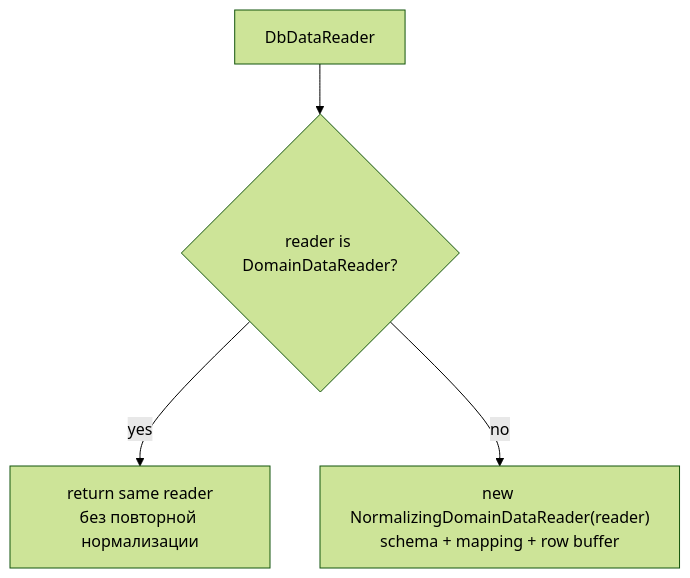
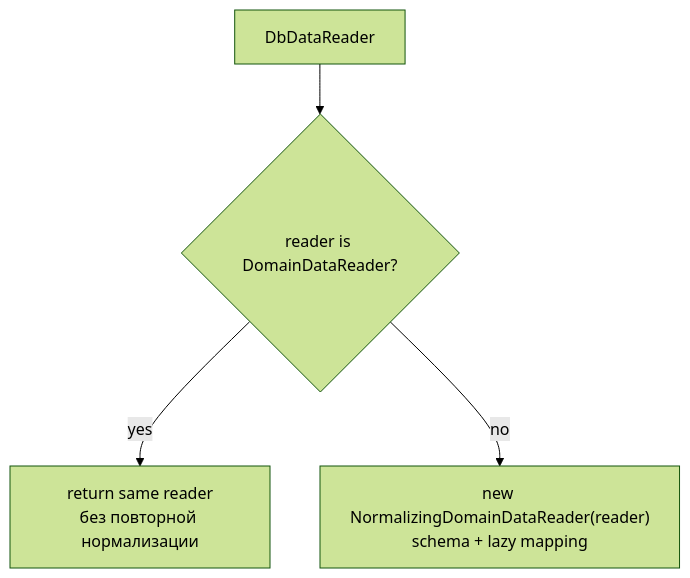
One commit to MikeKondr99/Loader changed the third of 3 diagrams in docs/reader-pipeline.md. Above: the diagram before and after it, drawn with Mermaid (forest theme). The commit also changed other lines of this file and 14 other files, not shown here.

````diff
--- a/docs/reader-pipeline.md
+++ b/docs/reader-pipeline.md
@@ -35,11 +35,11 @@
 ```mermaid
 flowchart TD
     input["DbDataReader"]
     is_domain{"reader is DomainDataReader?"}
     same["return same reader<br/>без повторной нормализации"]
-    normalize["new NormalizingDomainDataReader(reader)<br/>schema + mapping + row buffer"]
+    normalize["new NormalizingDomainDataReader(reader)<br/>schema + lazy mapping"]
 
     input --> is_domain
     is_domain -->|yes| same
     is_domain -->|no| normalize
 ```
````
